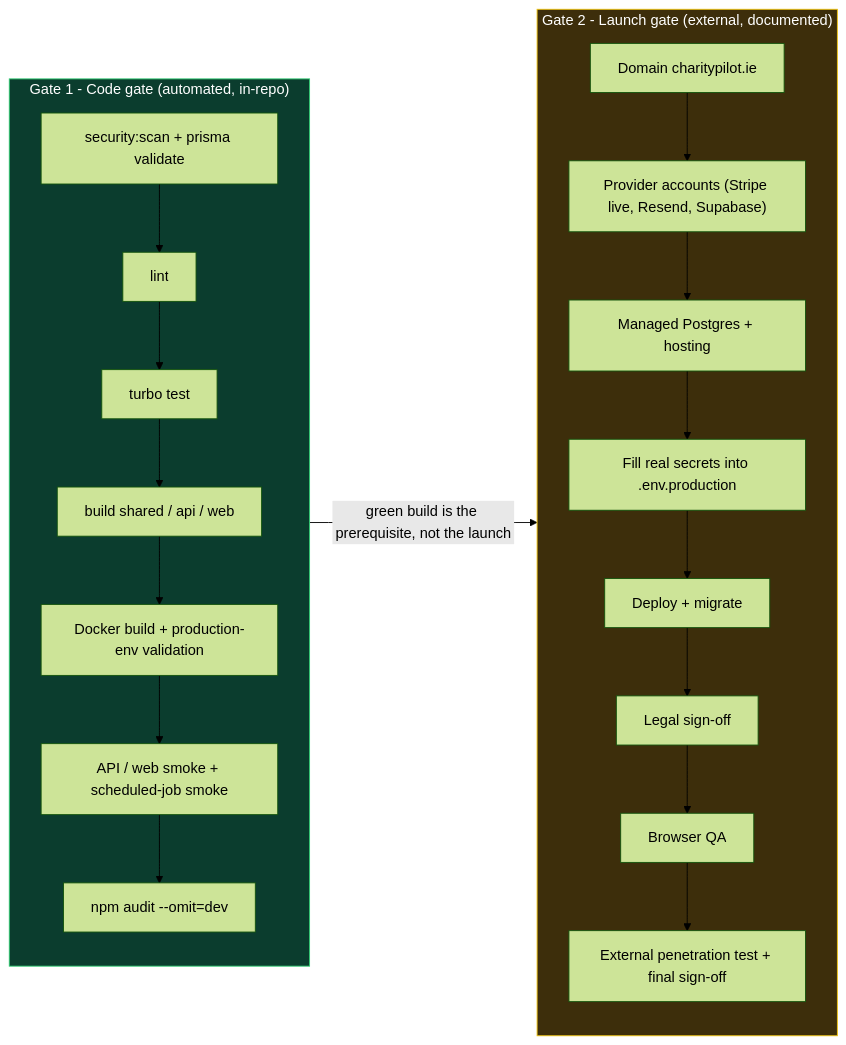
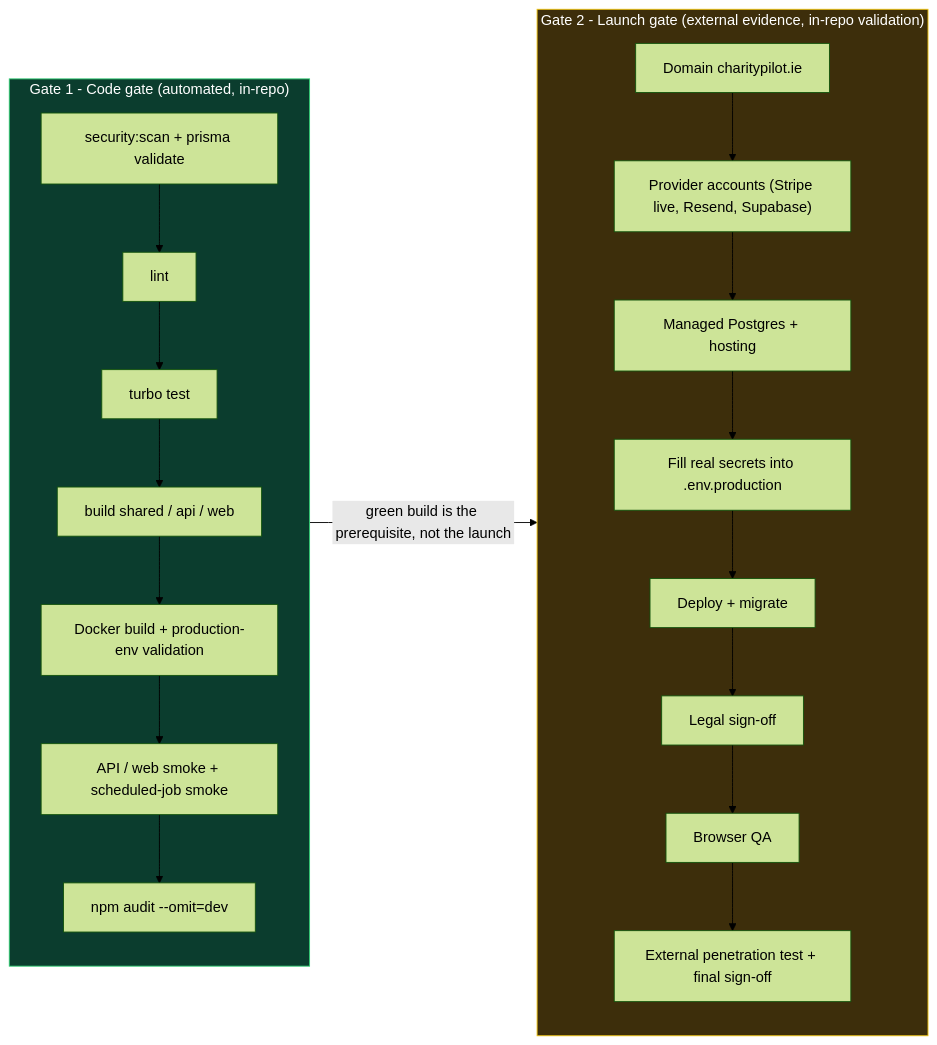
One commit to jasperfordesq-ai/charity-governance changed the diagram in docs/architecture/10-config-and-env.md. Above: the diagram before and after it, drawn with Mermaid (forest theme). The commit also changed other lines of this file and 39 other files, not shown here.

````diff
--- a/docs/architecture/10-config-and-env.md
+++ b/docs/architecture/10-config-and-env.md
@@ -207,25 +219,25 @@
 ```mermaid
 flowchart LR
   subgraph G1["Gate 1 - Code gate (automated, in-repo)"]
     direction TB
     A["security:scan + prisma validate"] --> B["lint"]
     B --> C["turbo test"]
     C --> D["build shared / api / web"]
     D --> E["Docker build + production-env validation"]
     E --> F["API / web smoke + scheduled-job smoke"]
     F --> G["npm audit --omit=dev"]
   end
-  subgraph G2["Gate 2 - Launch gate (external, documented)"]
+  subgraph G2["Gate 2 - Launch gate (external evidence, in-repo validation)"]
     direction TB
     H["Domain charitypilot.ie"] --> I["Provider accounts (Stripe live, Resend, Supabase)"]
     I --> J["Managed Postgres + hosting"]
     J --> K["Fill real secrets into .env.production"]
     K --> L["Deploy + migrate"]
     L --> M["Legal sign-off"]
     M --> N["Browser QA"]
     N --> O["External penetration test + final sign-off"]
   end
   G1 -->|"green build is the prerequisite, not the launch"| G2
   style G1 fill:#0b3d2e,stroke:#2ecc71,color:#ffffff
   style G2 fill:#3d2e0b,stroke:#f1c40f,color:#ffffff
 ```
````
